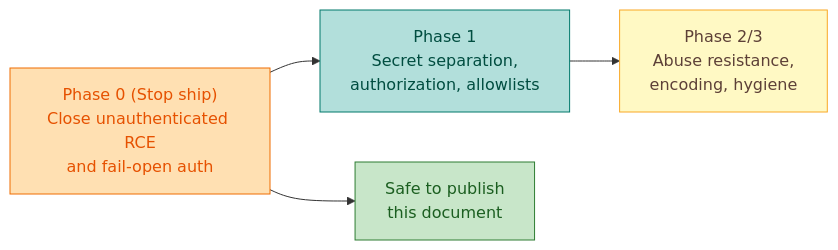
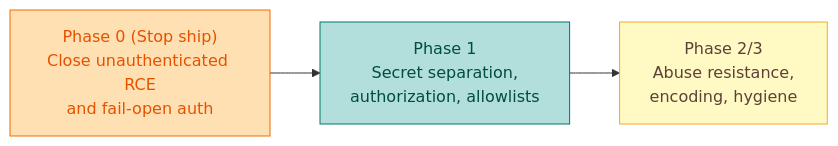
Before and after one commit to rocq-prover/bot: the third of 3 diagrams in docs/security.md, drawn with Mermaid. The commit also changed other lines of this file, not shown here.

````diff
--- a/docs/security.md
+++ b/docs/security.md
@@ -1375,20 +449,16 @@
 ```mermaid
 flowchart LR
   S1["Phase 0 (Stop ship)<br/>Close unauthenticated RCE<br/>and fail-open auth"]
   S2["Phase 1<br/>Secret separation,<br/>authorization, allowlists"]
   S3["Phase 2/3<br/>Abuse resistance,<br/>encoding, hygiene"]
-  PUB["Safe to publish<br/>this document"]
 
-  S1 --> PUB
   S1 --> S2 --> S3
 
-  classDef domain fill:#c8e6c9,stroke:#2e7d32,color:#1b5e20
   classDef transport fill:#ffe0b2,stroke:#ef6c00,color:#e65100
   classDef wiring fill:#b2dfdb,stroke:#00796b,color:#004d40
   classDef question fill:#fff9c4,stroke:#f9a825,color:#5d4037
 
   class S1 transport
   class S2 wiring
   class S3 question
-  class PUB domain
 ```
````
